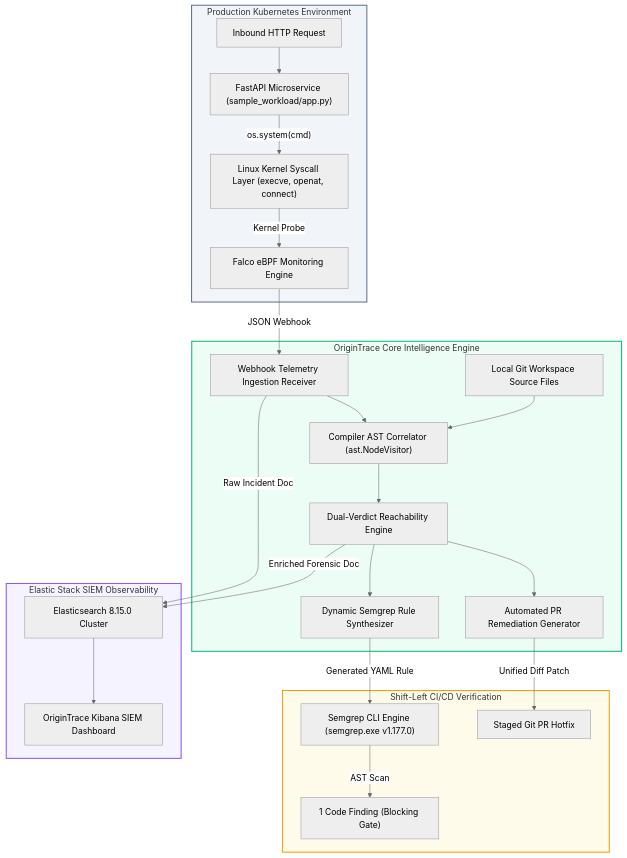
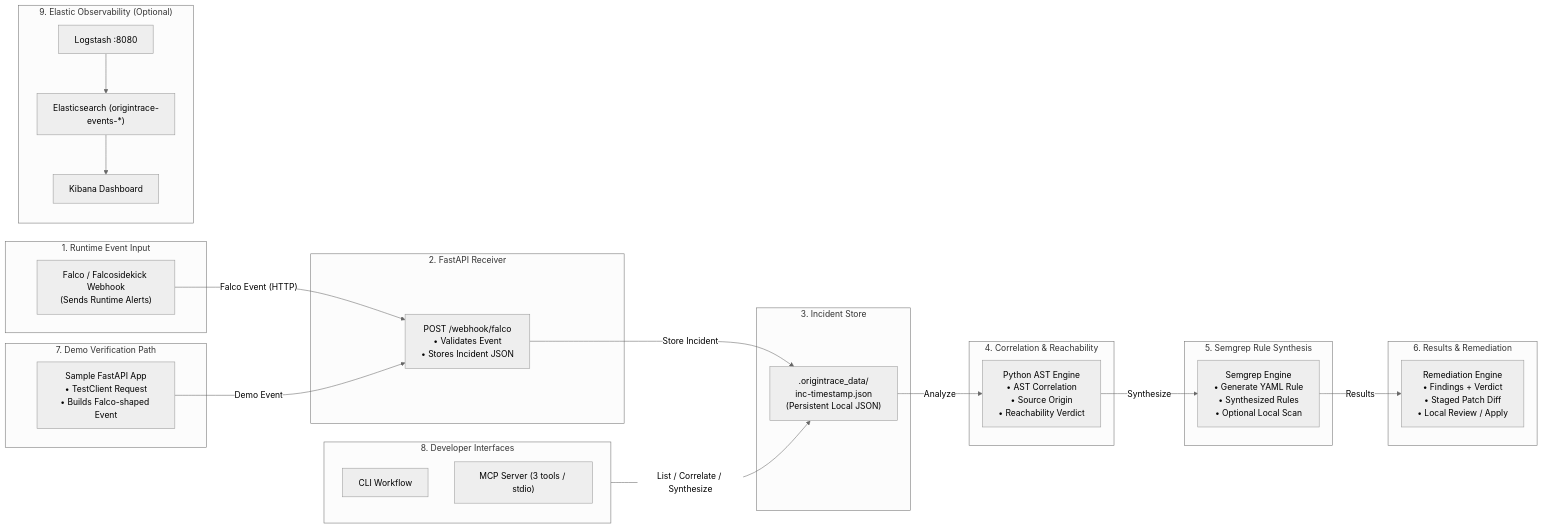
One commit to ritvikindupuri/OriginTrace_DevSecOps changed the first of 4 diagrams in TECHNICAL_DOCUMENTATION.md. Above: the diagram before and after it, drawn with Mermaid (neutral theme). The commit also changed other lines of this file and 4 other files, not shown here.

Commit message:
docs: update architecture diagram and flow-by-flow explanation to match 9-stage pipeline

````diff
--- a/TECHNICAL_DOCUMENTATION.md
+++ b/TECHNICAL_DOCUMENTATION.md
@@ -48,34 +54,47 @@
 ```mermaid
-flowchart TB
-    subgraph Cluster["Production Kubernetes Environment"]
-        ClientReq["Inbound HTTP Request"] --> AppSvc["FastAPI Microservice (sample_workload/app.py)"]
-        AppSvc -- "os.system(cmd)" --> Kernel["Linux Kernel Syscall Layer (execve, openat, connect)"]
-        Kernel -- "Kernel Probe" --> FalcoDaemon["Falco eBPF Monitoring Engine"]
+flowchart LR
+    subgraph Inputs["1. Runtime Event Input"]
+        Falco["Falco / Falcosidekick Webhook<br/>(Sends Runtime Alerts)"]
     end
 
-    subgraph CoreEngine["OriginTrace Core Intelligence Engine"]
-        FalcoDaemon -- "JSON Webhook" --> Receiver["Webhook Telemetry Ingestion Receiver"]
-        Receiver --> Correlator["Compiler AST Correlator (ast.NodeVisitor)"]
-        RepoFiles["Local Git Workspace Source Files"] --> Correlator
-        Correlator --> ReachEngine["Dual-Verdict Reachability Engine"]
-        ReachEngine --> Synthesizer["Dynamic Semgrep Rule Synthesizer"]
-        ReachEngine --> PatchEngine["Automated PR Remediation Generator"]
+    subgraph Receiver["2. FastAPI Receiver"]
+        API["POST /webhook/falco<br/>• Validates Event<br/>• Stores Incident JSON"]
     end
 
-    subgraph StaticValidation["Shift-Left CI/CD Verification"]
-        Synthesizer -- "Generated YAML Rule" --> SemgrepCLI["Semgrep CLI Engine (semgrep.exe v1.177.0)"]
-        SemgrepCLI -- "AST Scan" --> Finding["1 Code Finding (Blocking Gate)"]
-        PatchEngine -- "Unified Diff Patch" --> GitPR["Staged Git PR Hotfix"]
+    subgraph Store["3. Incident Store"]
+        JSONStore[".origintrace_data/<br/>inc-timestamp.json<br/>(Persistent Local JSON)"]
     end
 
-    subgraph SIEM["Elastic Stack SIEM Observability"]
-        Receiver -- "Raw Incident Doc" --> ESCluster["Elasticsearch 8.15.0 Cluster"]
-        ReachEngine -- "Enriched Forensic Doc" --> ESCluster
-        ESCluster --> KibanaUI["OriginTrace Kibana SIEM Dashboard"]
+    subgraph Analysis["4. Correlation & Reachability"]
+        PythonAST["Python AST Engine<br/>• AST Correlation<br/>• Source Origin<br/>• Reachability Verdict"]
     end
 
-    style Cluster fill:#f1f5f9,stroke:#64748b,stroke-width:2px;
-    style CoreEngine fill:#ecfdf5,stroke:#10b981,stroke-width:2px;
-    style StaticValidation fill:#fffbeb,stroke:#f59e0b,stroke-width:2px;
-    style SIEM fill:#f5f3ff,stroke:#8b5cf6,stroke-width:2px;
+    subgraph Synthesis["5. Semgrep Rule Synthesis"]
+        SemgrepEngine["Semgrep Engine<br/>• Generate YAML Rule<br/>• Synthesized Rules<br/>• Optional Local Scan"]
+    end
+
+    subgraph Remediation["6. Results & Remediation"]
+        RemediationOutput["Remediation Engine<br/>• Findings + Verdict<br/>• Staged Patch Diff<br/>• Local Review / Apply"]
+    end
+
+    subgraph Demo["7. Demo Verification Path"]
+        TestClient["Sample FastAPI App<br/>• TestClient Request<br/>• Builds Falco-shaped Event"]
+    end
+
+    subgraph DevTools["8. Developer Interfaces"]
+        CLI["CLI Workflow"]
+        MCP["MCP Server (3 tools / stdio)"]
+    end
+
+    subgraph Observability["9. Elastic Observability (Optional)"]
+        Logstash["Logstash :8080"] --> ES["Elasticsearch (origintrace-events-*)"] --> Kibana["Kibana Dashboard"]
+    end
+
+    Falco -- "Falco Event (HTTP)" --> API
+    TestClient -- "Demo Event" --> API
+    API -- "Store Incident" --> JSONStore
+    JSONStore -- "Analyze" --> PythonAST
+    DevTools -- "List / Correlate / Synthesize" --> JSONStore
+    PythonAST -- "Synthesize" --> SemgrepEngine
+    SemgrepEngine -- "Results" --> RemediationOutput
 ```
````
